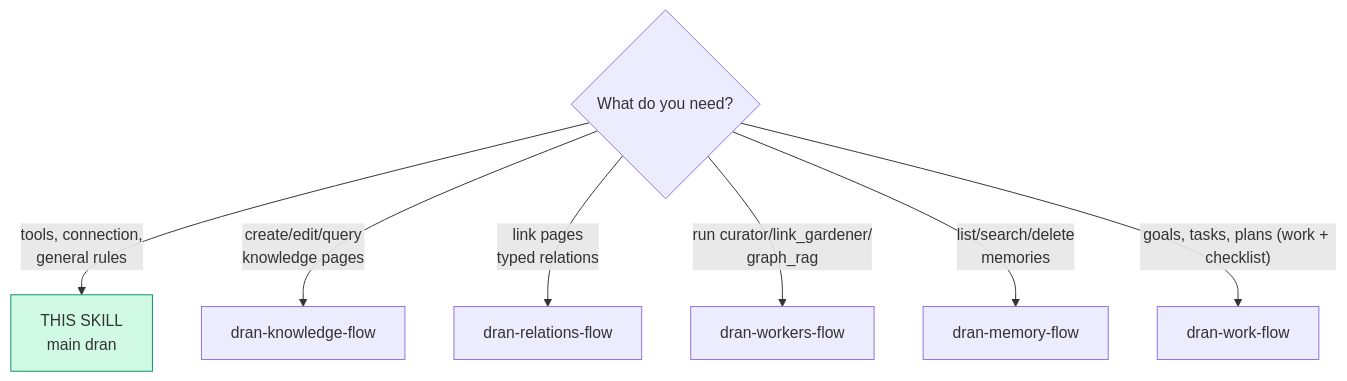
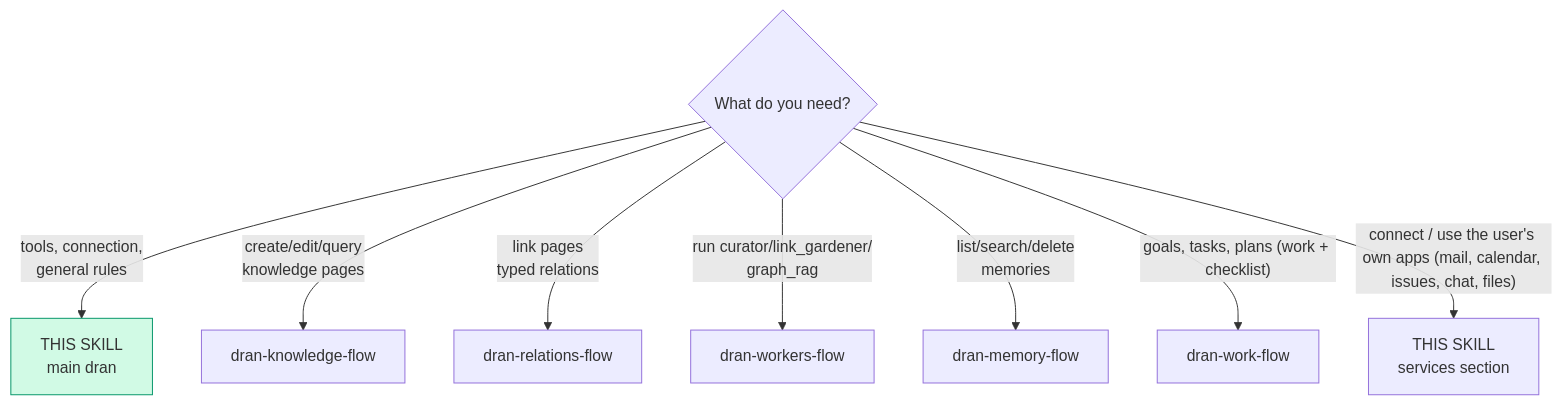
The first of 3 diagrams in skills/dran/SKILL.md (alvarolizama/dran), drawn with Mermaid before and after one commit. The commit also changed other lines of this file and 7 other files, not shown here.

````diff
--- a/skills/dran/SKILL.md
+++ b/skills/dran/SKILL.md
@@ -29,12 +29,14 @@
 ```mermaid
 flowchart TD
   Q{What do you need?} -->|"tools, connection,\ngeneral rules"| SELF["THIS SKILL\nmain dran"]
   Q -->|"create/edit/query\nknowledge pages"| K[dran-knowledge-flow]
   Q -->|"link pages\ntyped relations"| R[dran-relations-flow]
   Q -->|"run curator/link_gardener/\ngraph_rag"| X[dran-workers-flow]
   Q -->|"list/search/delete\nmemories"| M[dran-memory-flow]
 
   Q -->|"goals, tasks, plans (work + checklist)"| W[dran-work-flow]
 
+  Q -->|"connect / use the user's own apps (mail, calendar, issues, chat, files)"| SVC["THIS SKILL\nservices section"]
+
   style SELF fill:#d1fae5,stroke:#059669
 ```
````
